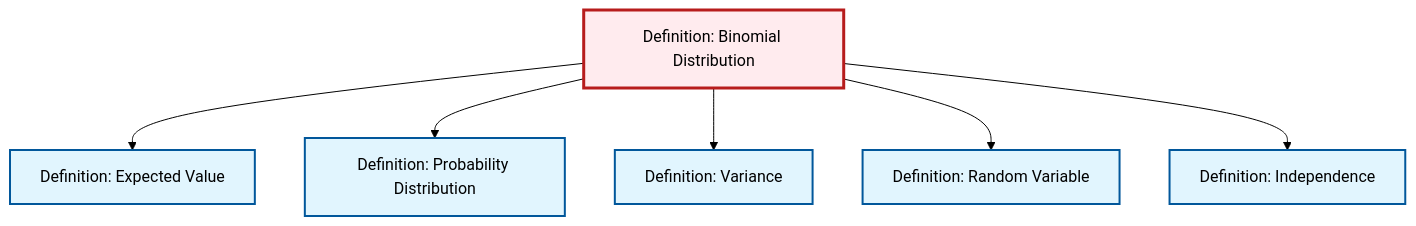
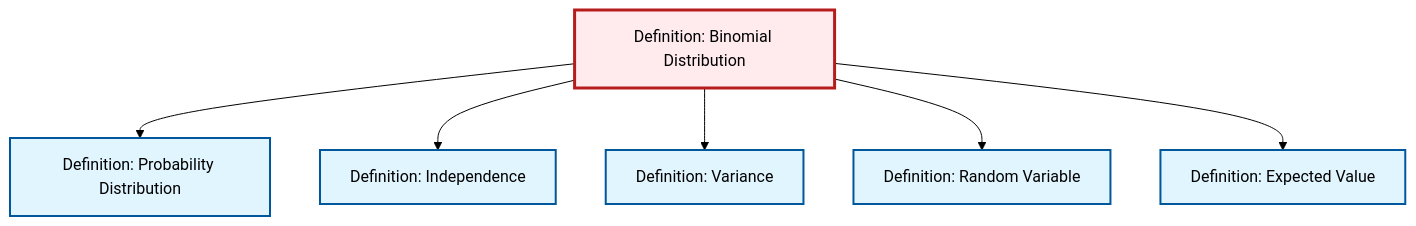
One commit to RK0429/ModernMath changed the diagram in content/en/probability-statistics/def-binomial-distribution.qmd. Above: the diagram before and after it, drawn with Mermaid (forest theme). The commit also changed other lines of this file and 1012 other files, not shown here.

````diff
--- a/content/en/probability-statistics/def-binomial-distribution.qmd
+++ b/content/en/probability-statistics/def-binomial-distribution.qmd
@@ -126,26 +126,26 @@
 ```{mermaid}
 %%| fig-cap: "Local dependency graph"
 graph TD
     classDef definition fill:#e1f5fe,stroke:#01579b,stroke-width:2px
     classDef theorem fill:#f3e5f5,stroke:#4a148c,stroke-width:2px
     classDef axiom fill:#fff3e0,stroke:#e65100,stroke-width:2px
     classDef example fill:#e8f5e9,stroke:#1b5e20,stroke-width:2px
     classDef current fill:#ffebee,stroke:#b71c1c,stroke-width:3px
+    def-probability-distribution["Definition: Probability Distribution"]:::definition
     def-expectation["Definition: Expected Value"]:::definition
+    def-random-variable["Definition: Random Variable"]:::definition
     def-binomial-distribution["Definition: Binomial Distribution"]:::definition
-    def-random-variable["Definition: Random Variable"]:::definition
+    def-independence["Definition: Independence"]:::definition
     def-variance["Definition: Variance"]:::definition
-    def-independence["Definition: Independence"]:::definition
-    def-probability-distribution["Definition: Probability Distribution"]:::definition
-    def-binomial-distribution --> def-expectation
     def-binomial-distribution --> def-probability-distribution
+    def-binomial-distribution --> def-independence
     def-binomial-distribution --> def-variance
     def-binomial-distribution --> def-random-variable
-    def-binomial-distribution --> def-independence
+    def-binomial-distribution --> def-expectation
     class def-binomial-distribution current
+    click def-probability-distribution "def-probability-distribution.html" "Go to Probability Distribution definition"
     click def-expectation "def-expectation.html" "Go to Expected Value definition"
     click def-random-variable "def-random-variable.html" "Go to Random Variable definition"
+    click def-independence "def-independence.html" "Go to Independence definition"
     click def-variance "def-variance.html" "Go to Variance definition"
-    click def-independence "def-independence.html" "Go to Independence definition"
-    click def-probability-distribution "def-probability-distribution.html" "Go to Probability Distribution definition"
 ```
````
